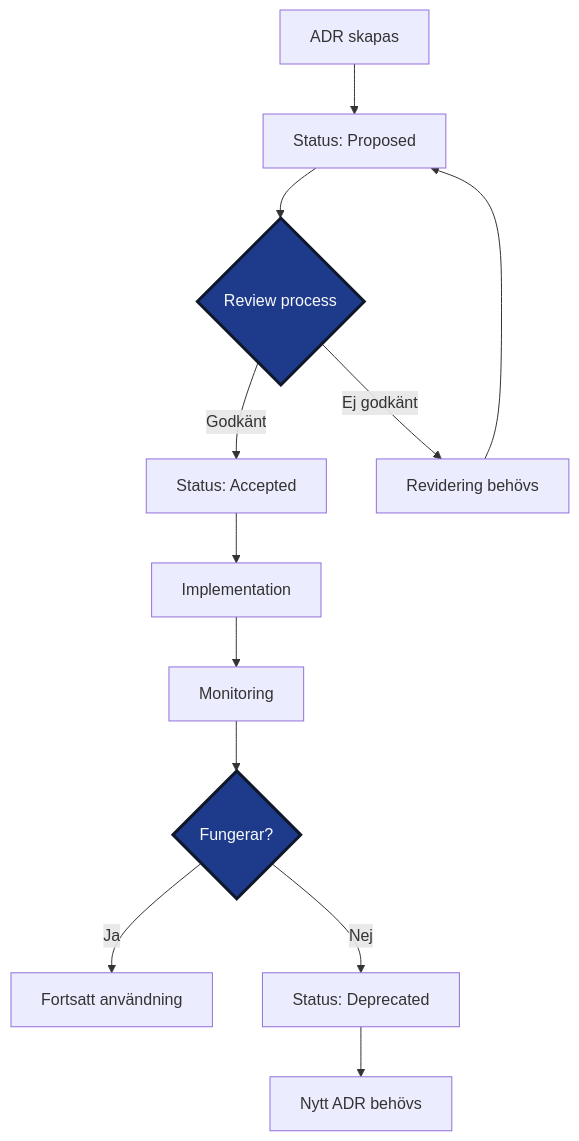
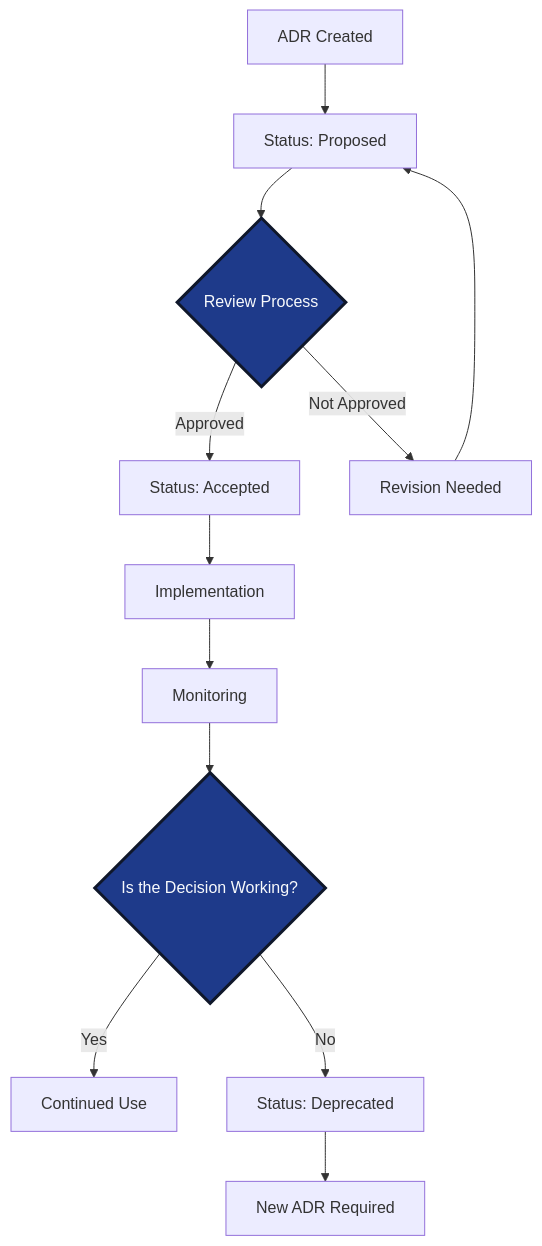
Before and after one commit to Geonitab/architecture_as_code: the diagram in docs/images/diagram_04_adr_lifecycle.mmd, drawn with Mermaid. The commit also changed other lines of this file and 2 other files, not shown here.

Commit message:
Translate ADR diagrams to English

```diff
--- a/docs/images/diagram_04_adr_lifecycle.mmd
+++ b/docs/images/diagram_04_adr_lifecycle.mmd
@@ -1,15 +1,15 @@
 graph TD
-    A[ADR skapas]:::kv-primary --> B[Status: Proposed]:::kv-highlight
-    B --> C{Review process}:::kv-decision
-    C -->|Godkänt| D[Status: Accepted]:::kv-accent
-    C -->|Ej godkänt| E[Revidering behövs]:::kv-muted
+    A[ADR Created]:::kv-primary --> B[Status: Proposed]:::kv-highlight
+    B --> C{Review Process}:::kv-decision
+    C -->|Approved| D[Status: Accepted]:::kv-accent
+    C -->|Not Approved| E[Revision Needed]:::kv-muted
     E --> B
     D --> F[Implementation]:::kv-accent
     F --> G[Monitoring]:::kv-highlight
-    G --> H{Fungerar?}:::kv-decision
-    H -->|Ja| I[Fortsatt användning]:::kv-accent
-    H -->|Nej| J[Status: Deprecated]:::kv-muted
-    J --> K[Nytt ADR behövs]:::kv-pattern
+    G --> H{Is the Decision Working?}:::kv-decision
+    H -->|Yes| I[Continued Use]:::kv-accent
+    H -->|No| J[Status: Deprecated]:::kv-muted
+    J --> K[New ADR Required]:::kv-pattern
 
     classDef kv-decision fill:#1E3A8A,stroke:#0F172A,color:#F8FAFC,stroke-width:3px
     class C,H kv-decision
```
